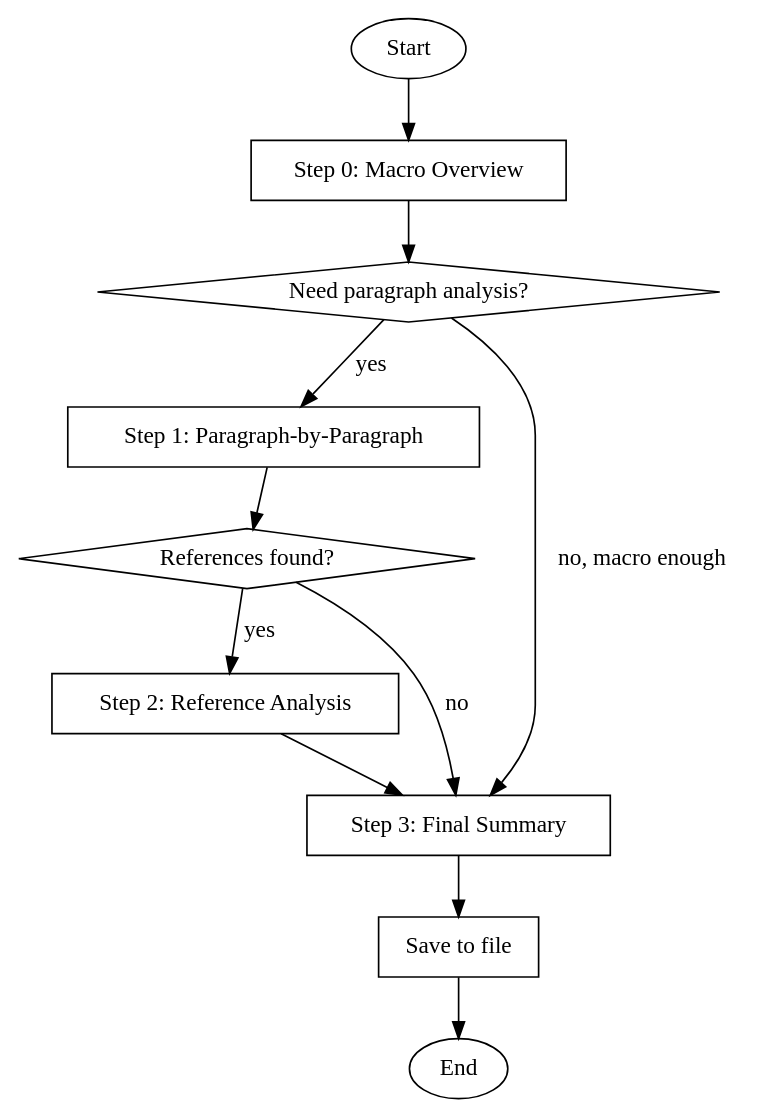
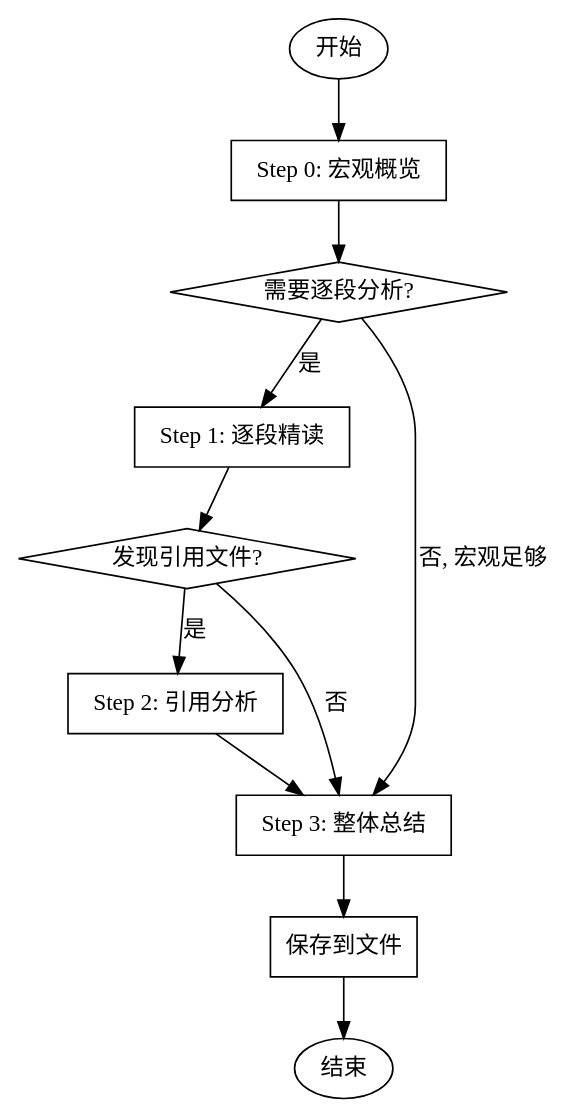
One commit to carl10086/ys-powers changed the second of 2 diagrams in .claude/skills/easy_analysis/SKILL.md. Above: the diagram before and after it, drawn with Graphviz. The commit also changed other lines of this file, not shown here.

First line of the commit message:
feat(easy-analysis): translate SKILL.md to Chinese

````diff
--- a/.claude/skills/easy_analysis/SKILL.md
+++ b/.claude/skills/easy_analysis/SKILL.md
@@ -60,24 +60,24 @@
 ```dot
 digraph analysis_flow {
-    "Start" [shape=oval];
-    "Step 0: Macro Overview" [shape=box];
-    "Need paragraph analysis?" [shape=diamond];
-    "Step 1: Paragraph-by-Paragraph" [shape=box];
-    "References found?" [shape=diamond];
-    "Step 2: Reference Analysis" [shape=box];
-    "Step 3: Final Summary" [shape=box];
-    "Save to file" [shape=box];
-    "End" [shape=oval];
+    "开始" [shape=oval];
+    "Step 0: 宏观概览" [shape=box];
+    "需要逐段分析?" [shape=diamond];
+    "Step 1: 逐段精读" [shape=box];
+    "发现引用文件?" [shape=diamond];
+    "Step 2: 引用分析" [shape=box];
+    "Step 3: 整体总结" [shape=box];
+    "保存到文件" [shape=box];
+    "结束" [shape=oval];
 
-    "Start" -> "Step 0: Macro Overview";
-    "Step 0: Macro Overview" -> "Need paragraph analysis?";
-    "Need paragraph analysis?" -> "Step 1: Paragraph-by-Paragraph" [label="yes"];
-    "Need paragraph analysis?" -> "Step 3: Final Summary" [label="no, macro enough"];
-    "Step 1: Paragraph-by-Paragraph" -> "References found?";
-    "References found?" -> "Step 2: Reference Analysis" [label="yes"];
-    "References found?" -> "Step 3: Final Summary" [label="no"];
-    "Step 2: Reference Analysis" -> "Step 3: Final Summary";
-    "Step 3: Final Summary" -> "Save to file";
-    "Save to file" -> "End";
+    "开始" -> "Step 0: 宏观概览";
+    "Step 0: 宏观概览" -> "需要逐段分析?";
+    "需要逐段分析?" -> "Step 1: 逐段精读" [label="是"];
+    "需要逐段分析?" -> "Step 3: 整体总结" [label="否, 宏观足够"];
+    "Step 1: 逐段精读" -> "发现引用文件?";
+    "发现引用文件?" -> "Step 2: 引用分析" [label="是"];
+    "发现引用文件?" -> "Step 3: 整体总结" [label="否"];
+    "Step 2: 引用分析" -> "Step 3: 整体总结";
+    "Step 3: 整体总结" -> "保存到文件";
+    "保存到文件" -> "结束";
 }
 ```
````
